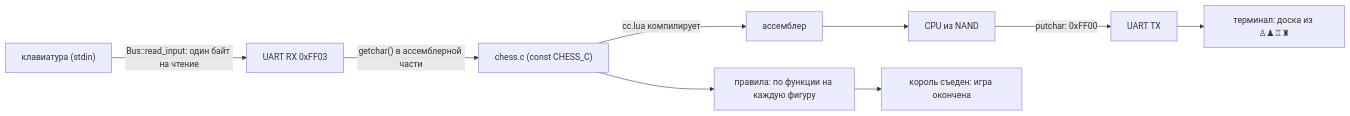
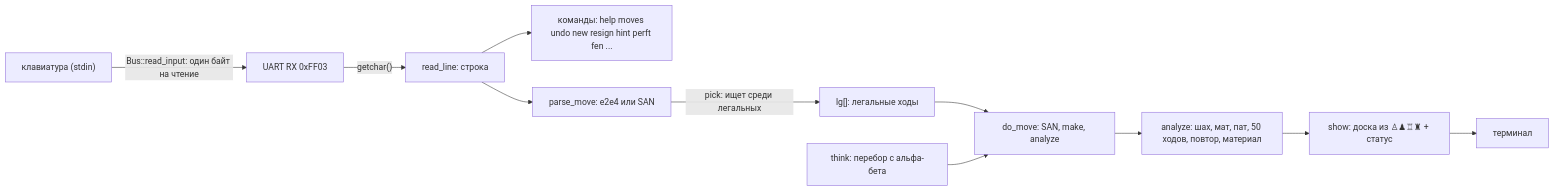
Diagram 20 of 20 in чертежи.md (loki5512344ss/SummumOS), drawn with Mermaid before and after one commit. The commit also changed other lines of this file and 1 other file, not shown here.

Commit message:
Peephole optimizer in the Lua C compiler, chess v1.0: 0x88 board, castling, en passant, SAN/FEN, draws, alpha-beta computer, perft

````diff
--- a/чертежи.md
+++ b/чертежи.md
@@ -459,11 +461,13 @@
 ```mermaid
 graph LR
     kb["клавиатура (stdin)"] -->|"Bus::read_input: один байт на чтение"| rx["UART RX 0xFF03"]
-    rx -->|"getchar() в ассемблерной части"| c["chess.c (const CHESS_C)"]
-    c -->|"cc.lua компилирует"| asm["ассемблер"]
-    asm --> cpu["CPU из NAND"]
-    cpu -->|"putchar: 0xFF00"| tx["UART TX"]
-    tx --> term["терминал: доска из ♙♟♖♜"]
-    c --> rules["правила: по функции на каждую фигуру"]
-    rules --> win["король съеден: игра окончена"]
+    rx -->|"getchar()"| rl["read_line: строка"]
+    rl --> cmd["команды: help moves undo new resign hint perft fen ..."]
+    rl --> pm["parse_move: e2e4 или SAN"]
+    pm -->|"pick: ищет среди легальных"| lg["lg[]: легальные ходы"]
+    lg --> dm["do_move: SAN, make, analyze"]
+    dm --> st["analyze: шах, мат, пат, 50 ходов, повтор, материал"]
+    st --> sh["show: доска из ♙♟♖♜ + статус"]
+    comp["think: перебор с альфа-бета"] --> dm
+    sh --> term["терминал"]
 ```
````
